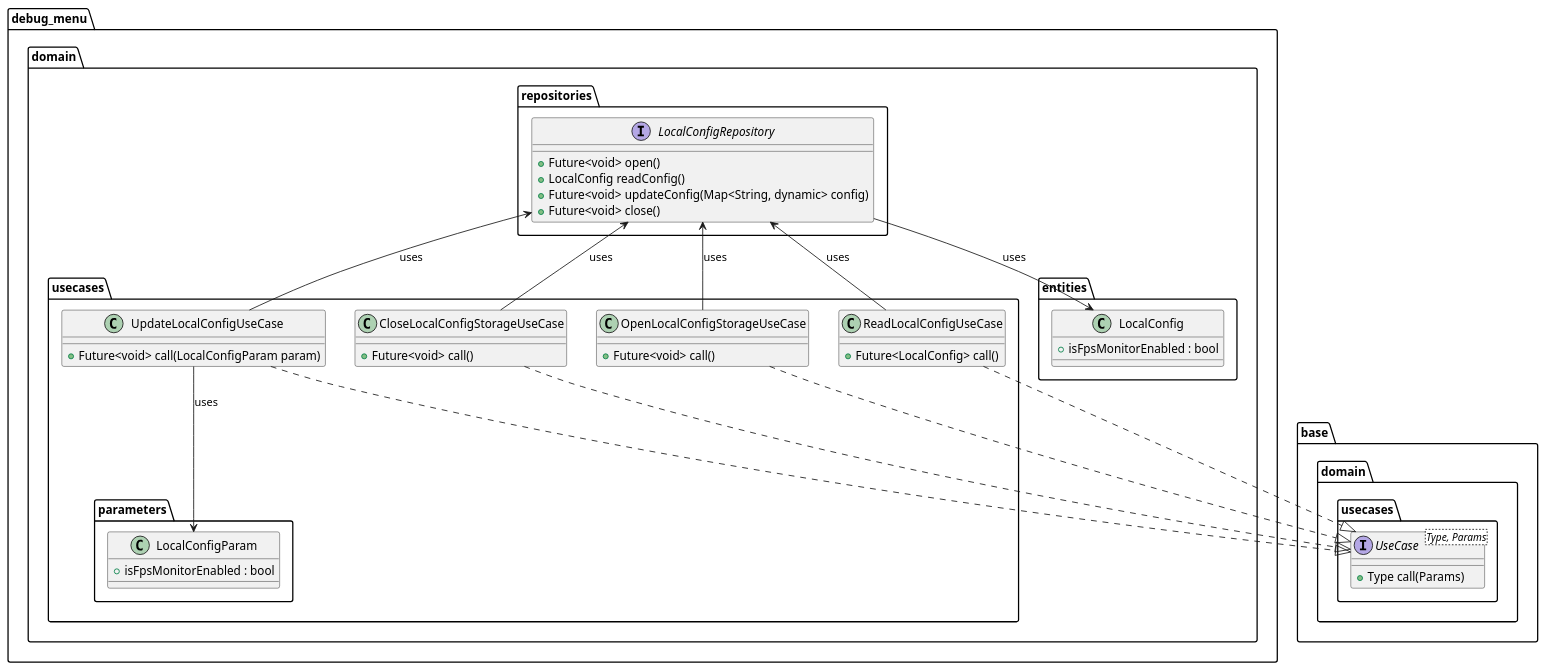
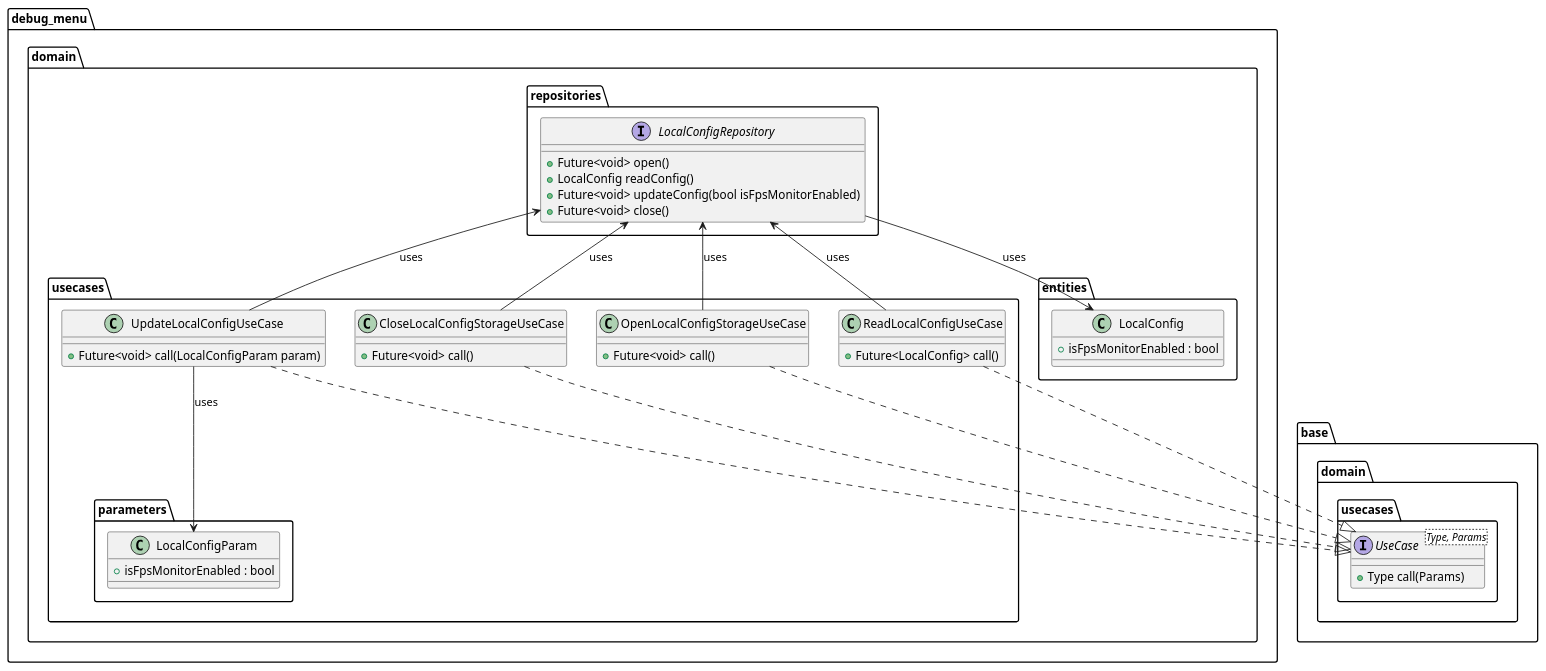
One commit to Flank/flank-dashboard changed the diagram in metrics/web/docs/features/debug_menu/diagrams/debug_menu_domain_layer_class_diagram.puml. Above: the diagram before and after it, drawn with PlantUML.

Commit message:
Minor fixes for domain layer diagram

```diff
--- a/metrics/web/docs/features/debug_menu/diagrams/debug_menu_domain_layer_class_diagram.puml
+++ b/metrics/web/docs/features/debug_menu/diagrams/debug_menu_domain_layer_class_diagram.puml
@@ -1,65 +1,65 @@
 @startuml debug_menu_domain_layer_class_diagram
 
 package debug_menu.domain {
         package repositories {
             interface LocalConfigRepository {
                 + Future<void> open()
                 + LocalConfig readConfig()
-                + Future<void> updateConfig(Map<String, dynamic> config)
+                + Future<void> updateConfig(bool isFpsMonitorEnabled)
                 + Future<void> close()
             }
         }
 
         package usecases {
             package parameters {
                 class LocalConfigParam {
                     + isFpsMonitorEnabled : bool
                 }
             }
 
             class OpenLocalConfigStorageUseCase {
                 + Future<void> call()
             }
 
             class ReadLocalConfigUseCase {
                 + Future<LocalConfig> call()
             }
 
             class UpdateLocalConfigUseCase {
                 + Future<void> call(LocalConfigParam param)
             }
 
             class CloseLocalConfigStorageUseCase {
                 + Future<void> call()
             }
         }
 
         package entities {
             class LocalConfig {
                 + isFpsMonitorEnabled : bool
             }
         }
 }
 
 package base.domain.usecases {
     interface UseCase<Type, Params> {
         + Type call(Params)
     }
 }
 
 LocalConfigRepository --> LocalConfig : uses
 
 OpenLocalConfigStorageUseCase -up-> LocalConfigRepository : uses
 OpenLocalConfigStorageUseCase ..|> UseCase
 
 ReadLocalConfigUseCase -up-> LocalConfigRepository : uses
 ReadLocalConfigUseCase ..|> UseCase
 
 UpdateLocalConfigUseCase -up-> LocalConfigRepository : uses
 UpdateLocalConfigUseCase --> LocalConfigParam : uses
 UpdateLocalConfigUseCase ..|> UseCase
 
 CloseLocalConfigStorageUseCase -up-> LocalConfigRepository : uses
 CloseLocalConfigStorageUseCase ..|> UseCase
 
 @enduml
```
